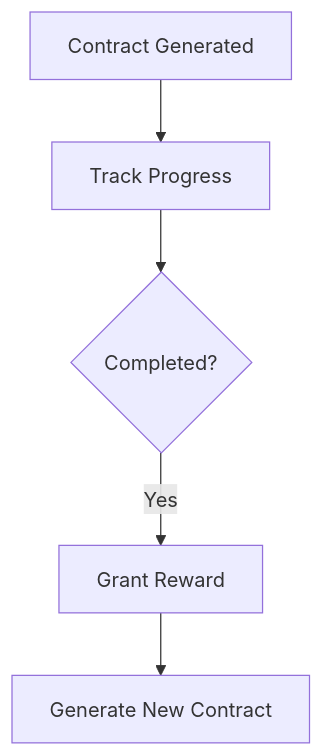
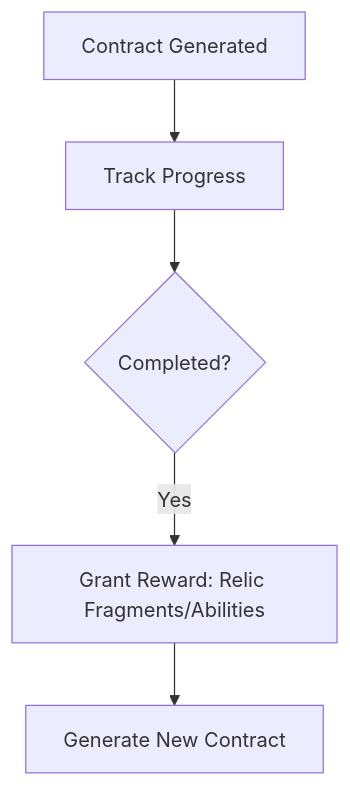
One commit to lmerriam/love2d-vibe-coding changed the diagram in memory-bank/projectbrief.md. Above: the diagram before and after it, drawn with Mermaid. The commit also changed other lines of this file and 4 other files, not shown here.

````diff
--- a/memory-bank/projectbrief.md
+++ b/memory-bank/projectbrief.md
@@ -112,7 +118,7 @@
 ```mermaid
 graph TD
   A[Contract Generated] --> B[Track Progress]
   B --> C{Completed?}
-  C -->|Yes| D[Grant Reward]
+  C -->|Yes| D[Grant Reward: Relic Fragments/Abilities]
   D --> E[Generate New Contract]
 ```
````
